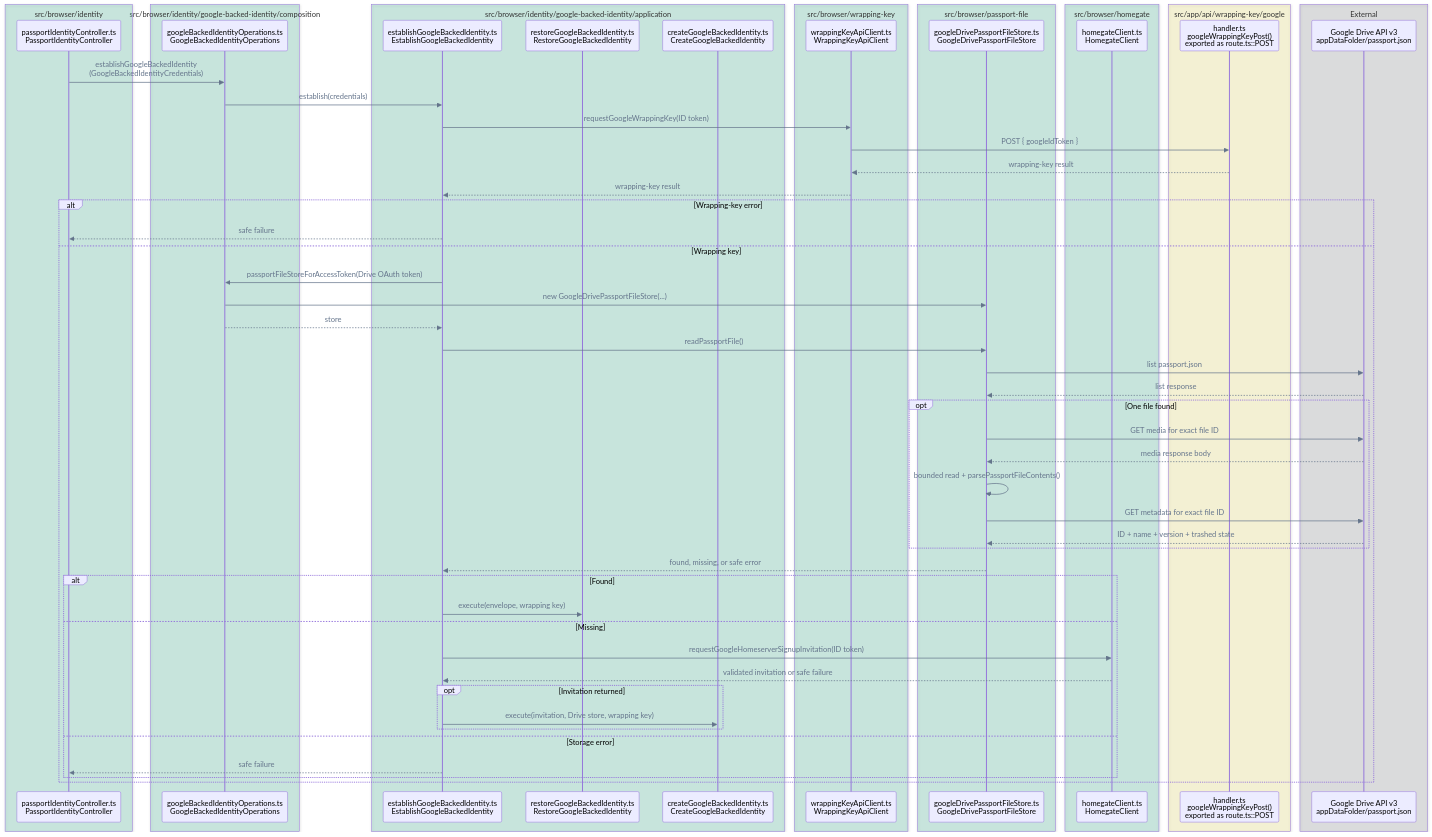
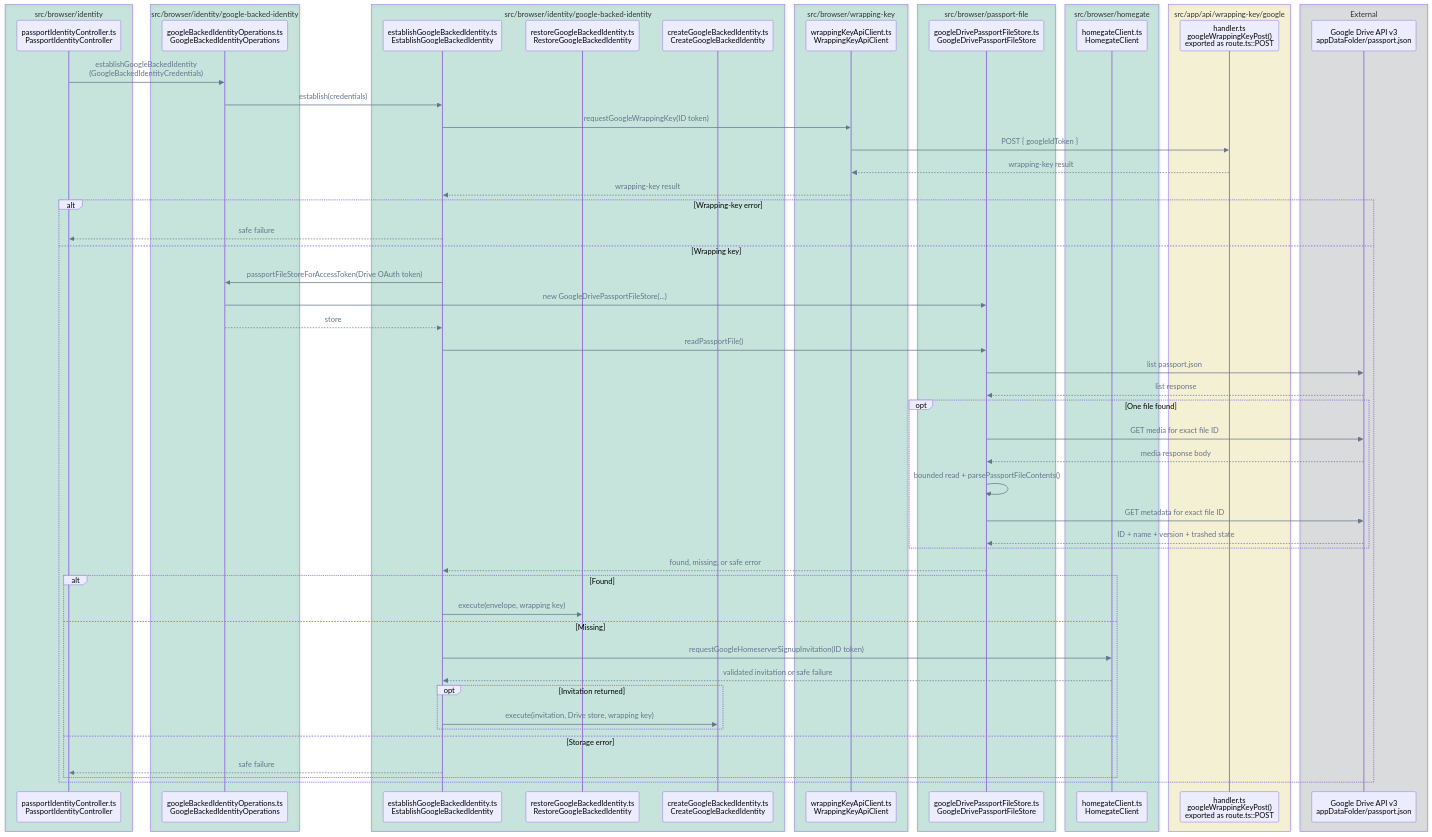
One commit to pubky/pubky-passport changed the eighth of 14 diagrams in FLOWS.md. Above: the diagram before and after it, drawn with Mermaid. The commit also changed other lines of this file and 66 other files, not shown here.

````diff
--- a/FLOWS.md
+++ b/FLOWS.md
@@ -383,68 +383,68 @@
 ```mermaid
 %%{init: {"themeVariables": {"signalColor": "#64748B", "signalTextColor": "#64748B"}}}%%
 sequenceDiagram
     accTitle: Google-backed custody/recovery establishment call flow
     accDescr: GoogleBackedIdentityOperations requests a wrapping key, reads the Google Drive Passport file, and dispatches a found file to restore or requests a Homegate invitation before creating a missing identity, without passing the wrapping key to Drive storage.
     box rgba(0, 158, 115, 0.18) src/browser/identity
         participant Controller as passportIdentityController.ts<br/>PassportIdentityController
     end
-    box rgba(0, 158, 115, 0.18) src/browser/identity/google-backed-identity/composition
+    box rgba(0, 158, 115, 0.18) src/browser/identity/google-backed-identity
         participant Operations as googleBackedIdentityOperations.ts<br/>GoogleBackedIdentityOperations
     end
-    box rgba(0, 158, 115, 0.18) src/browser/identity/google-backed-identity/application
+    box rgba(0, 158, 115, 0.18) src/browser/identity/google-backed-identity
         participant Establish as establishGoogleBackedIdentity.ts<br/>EstablishGoogleBackedIdentity
         participant Restore as restoreGoogleBackedIdentity.ts<br/>RestoreGoogleBackedIdentity
         participant Creator as createGoogleBackedIdentity.ts<br/>CreateGoogleBackedIdentity
     end
     box rgba(0, 158, 115, 0.18) src/browser/wrapping-key
         participant Wrapping as wrappingKeyApiClient.ts<br/>WrappingKeyApiClient
     end
     box rgba(0, 158, 115, 0.18) src/browser/passport-file
         participant DriveStore as googleDrivePassportFileStore.ts<br/>GoogleDrivePassportFileStore
     end
     box rgba(0, 158, 115, 0.18) src/browser/homegate
         participant Invite as homegateClient.ts<br/>HomegateClient
     end
     box rgba(240, 228, 66, 0.18) src/app/api/wrapping-key/google
         participant API as handler.ts<br/>googleWrappingKeyPost()<br/>exported as route.ts::POST
     end
     box rgba(17, 24, 39, 0.12) External
         participant Drive as Google Drive API v3<br/>appDataFolder/passport.json
     end
 
     Controller->>Operations: establishGoogleBackedIdentity<br/>(GoogleBackedIdentityCredentials)
     Operations->>Establish: establish(credentials)
     Establish->>Wrapping: requestGoogleWrappingKey(ID token)
     Wrapping->>API: POST { googleIdToken }
     API-->>Wrapping: wrapping-key result
     Wrapping-->>Establish: wrapping-key result
     alt Wrapping-key error
         Establish-->>Controller: safe failure
     else Wrapping key
         Establish->>Operations: passportFileStoreForAccessToken(Drive OAuth token)
         Operations->>DriveStore: new GoogleDrivePassportFileStore(...)
         Operations-->>Establish: store
         Establish->>DriveStore: readPassportFile()
         DriveStore->>Drive: list passport.json
         Drive-->>DriveStore: list response
         opt One file found
             DriveStore->>Drive: GET media for exact file ID
             Drive-->>DriveStore: media response body
             DriveStore->>DriveStore: bounded read + parsePassportFileContents()
             DriveStore->>Drive: GET metadata for exact file ID
             Drive-->>DriveStore: ID + name + version + trashed state
         end
         DriveStore-->>Establish: found, missing, or safe error
         alt Found
             Establish->>Restore: execute(envelope, wrapping key)
         else Missing
             Establish->>Invite: requestGoogleHomeserverSignupInvitation(ID token)
             Invite-->>Establish: validated invitation or safe failure
             opt Invitation returned
                 Establish->>Creator: execute(invitation, Drive store, wrapping key)
             end
         else Storage error
             Establish-->>Controller: safe failure
         end
     end
 ```
````
